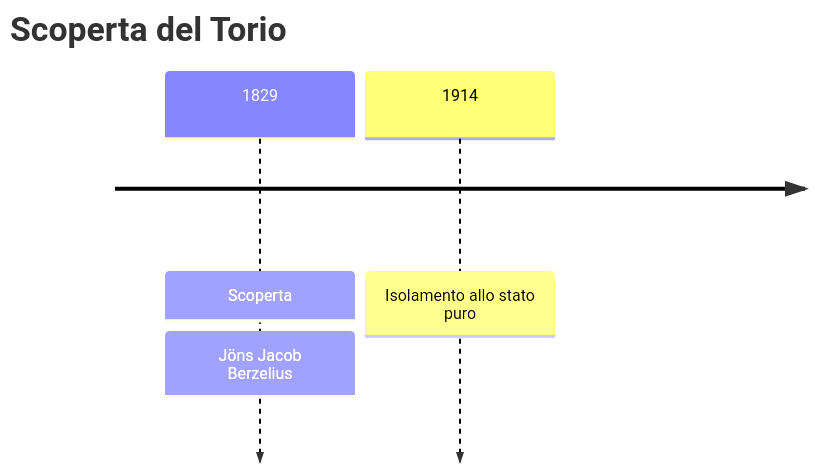
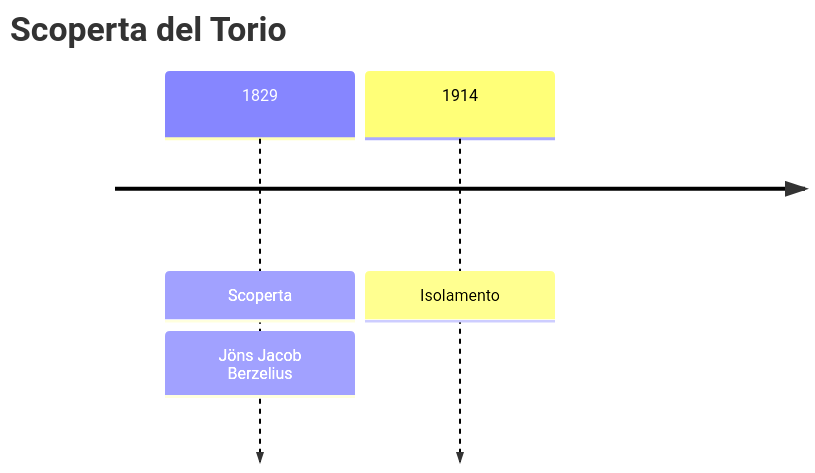
One commit to gianlucaciarcelluti/elements-caos changed the first of 2 diagrams in vault/Elementi/Torio.md. Above: the diagram before and after it, drawn with Mermaid. The commit also changed 56 other files, not shown here.

````diff
--- a/vault/Elementi/Torio.md
+++ b/vault/Elementi/Torio.md
@@ -28,6 +28,6 @@
 ```mermaid
 timeline
     title Scoperta del Torio
     1829 : Scoperta : Jöns Jacob Berzelius
-    1914 : Isolamento allo stato puro
+    1914 : Isolamento
 ```
````
